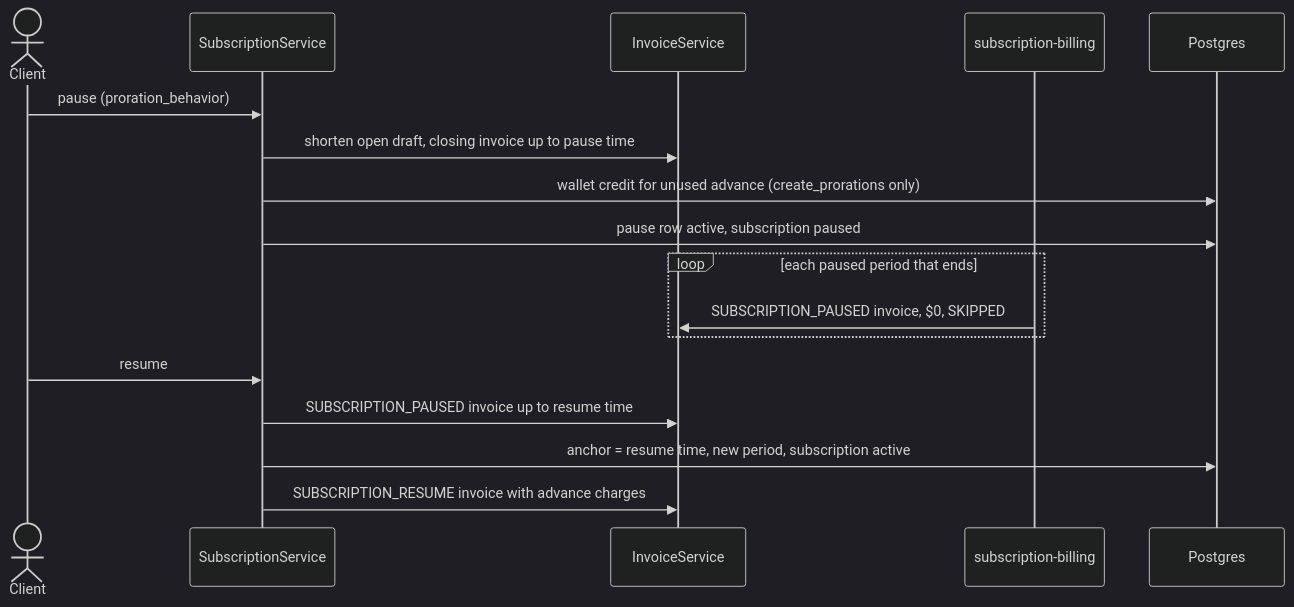
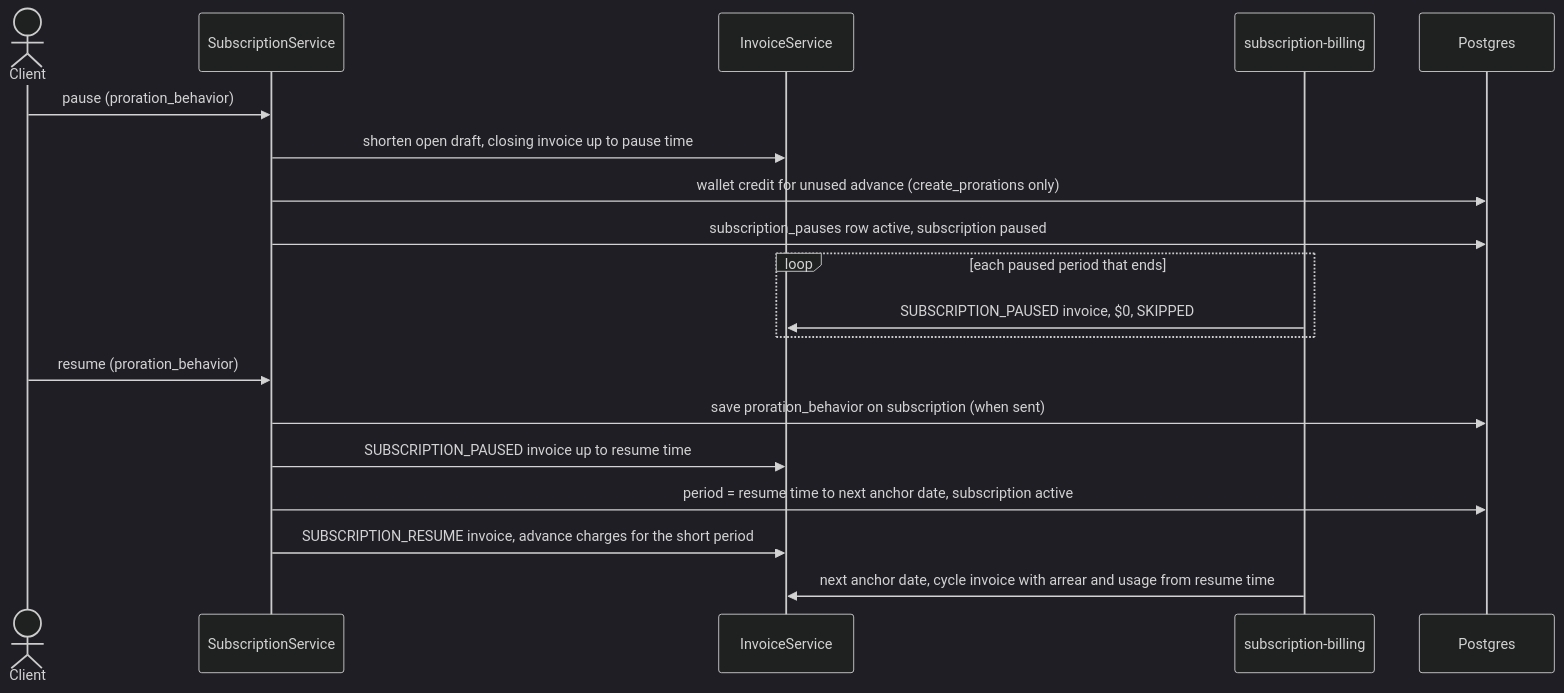
The second of 2 diagrams in docs/design/2026-10-14-FLE-1555-pause-subscription-erd.md (subratsahilgupta/flexprice), drawn with Mermaid (dark theme) before and after one commit. The commit also changed other lines of this file, not shown here.

Commit message:
docs(subscription): enhance design document for subscription pause and resume functionality, clarifying proration behavior and updating API contracts

````diff
--- a/docs/design/2026-10-14-FLE-1555-pause-subscription-erd.md
+++ b/docs/design/2026-10-14-FLE-1555-pause-subscription-erd.md
@@ -224,20 +250,22 @@
 ```mermaid
 sequenceDiagram
     actor C as Client
     participant Svc as SubscriptionService
     participant Inv as InvoiceService
     participant Roll as subscription-billing
     participant DB as Postgres
 
     C->>Svc: pause (proration_behavior)
     Svc->>Inv: shorten open draft, closing invoice up to pause time
     Svc->>DB: wallet credit for unused advance (create_prorations only)
-    Svc->>DB: pause row active, subscription paused
+    Svc->>DB: subscription_pauses row active, subscription paused
     loop each paused period that ends
         Roll->>Inv: SUBSCRIPTION_PAUSED invoice, $0, SKIPPED
     end
-    C->>Svc: resume
+    C->>Svc: resume (proration_behavior)
+    Svc->>DB: save proration_behavior on subscription (when sent)
     Svc->>Inv: SUBSCRIPTION_PAUSED invoice up to resume time
-    Svc->>DB: anchor = resume time, new period, subscription active
-    Svc->>Inv: SUBSCRIPTION_RESUME invoice with advance charges
+    Svc->>DB: period = resume time to next anchor date, subscription active
+    Svc->>Inv: SUBSCRIPTION_RESUME invoice, advance charges for the short period
+    Roll->>Inv: next anchor date, cycle invoice with arrear and usage from resume time
 ```
````
